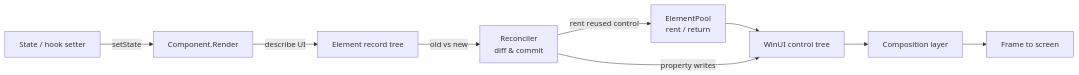
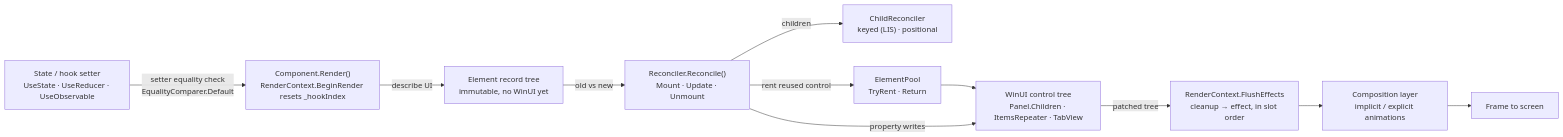
One commit to microsoft/microsoft-ui-reactor changed the diagram in docs/_pipeline/diagrams/architecture-overview/overview.mmd. Above: the diagram before and after it, drawn with Mermaid. The commit also changed 3 other files, not shown here.

First line of the commit message:
docs(041): architecture-overview at Comprehensive tier (3.5.1)

```diff
--- a/docs/_pipeline/diagrams/architecture-overview/overview.mmd
+++ b/docs/_pipeline/diagrams/architecture-overview/overview.mmd
@@ -1,22 +1,26 @@
 %% Reactor render loop. State change → component re-render → element
 %% record tree → reconciler diff → element pool reuse → WinUI control
-%% tree → composition → frame. Light/dark legible (default Mermaid
-%% palette satisfies both GitHub themes).
+%% tree → composition → frame. Default Mermaid palette is legible on
+%% both light and dark GitHub themes.
 flowchart LR
-    State[State / hook setter]
-    Component[Component.Render]
-    Elements[Element record tree]
-    Reconciler[Reconciler<br/>diff &amp; commit]
-    Pool[ElementPool<br/>rent / return]
-    WinUI[WinUI control tree]
-    Comp[Composition layer]
-    Frame[Frame to screen]
+    State["State / hook setter<br/>UseState · UseReducer · UseObservable"]
+    Component["Component.Render()<br/>RenderContext.BeginRender resets _hookIndex"]
+    Elements["Element record tree<br/>immutable, no WinUI yet"]
+    Reconciler["Reconciler.Reconcile()<br/>Mount · Update · Unmount"]
+    ChildDiff["ChildReconciler<br/>keyed (LIS) · positional"]
+    Pool["ElementPool<br/>TryRent · Return"]
+    WinUI["WinUI control tree<br/>Panel.Children · ItemsRepeater · TabView"]
+    Effects["RenderContext.FlushEffects<br/>cleanup → effect, in slot order"]
+    Comp["Composition layer<br/>implicit / explicit animations"]
+    Frame["Frame to screen"]
 
-    State -->|setState| Component
+    State -->|setter equality check<br/>EqualityComparer.Default| Component
     Component -->|describe UI| Elements
     Elements -->|old vs new| Reconciler
+    Reconciler -->|children| ChildDiff
     Reconciler -->|rent reused control| Pool
     Pool --> WinUI
     Reconciler -->|property writes| WinUI
-    WinUI --> Comp
+    WinUI -->|patched tree| Effects
+    Effects --> Comp
     Comp --> Frame
```
